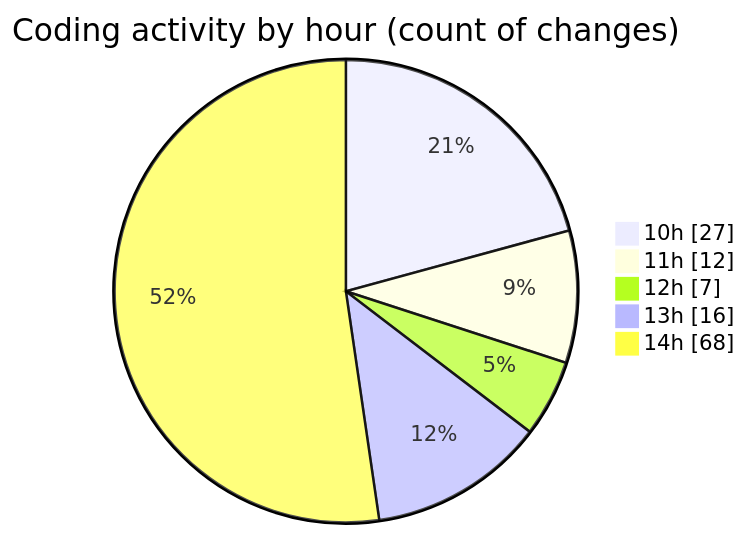
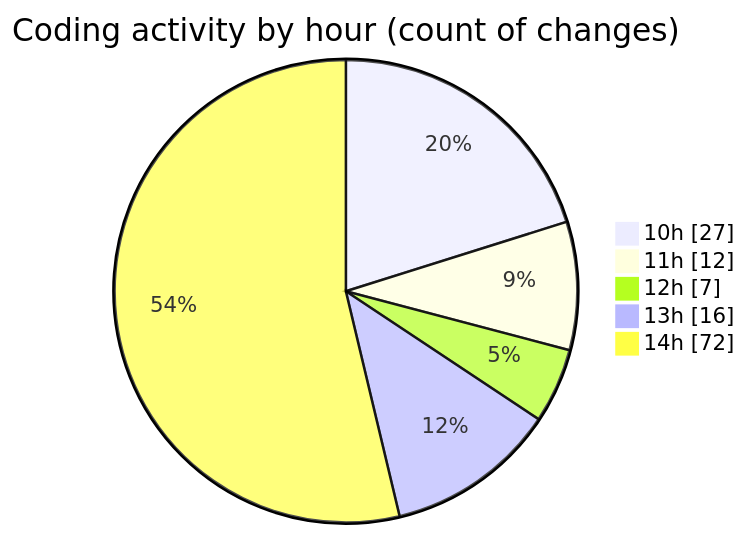
Before and after one commit to MatusMokan/code-tracking: the second of 2 diagrams in 2025-03-01/myws__workspace_/README.md, drawn with Mermaid. The commit also changed other lines of this file and 1 other file, not shown here.

````diff
--- a/2025-03-01/myws__workspace_/README.md
+++ b/2025-03-01/myws__workspace_/README.md
@@ -40,9 +40,9 @@
 ```mermaid
 pie showData
 title Coding activity by hour (count of changes)
 "10h" : 27
 "11h" : 12
 "12h" : 7
 "13h" : 16
-"14h" : 68
+"14h" : 72
 ```
````
